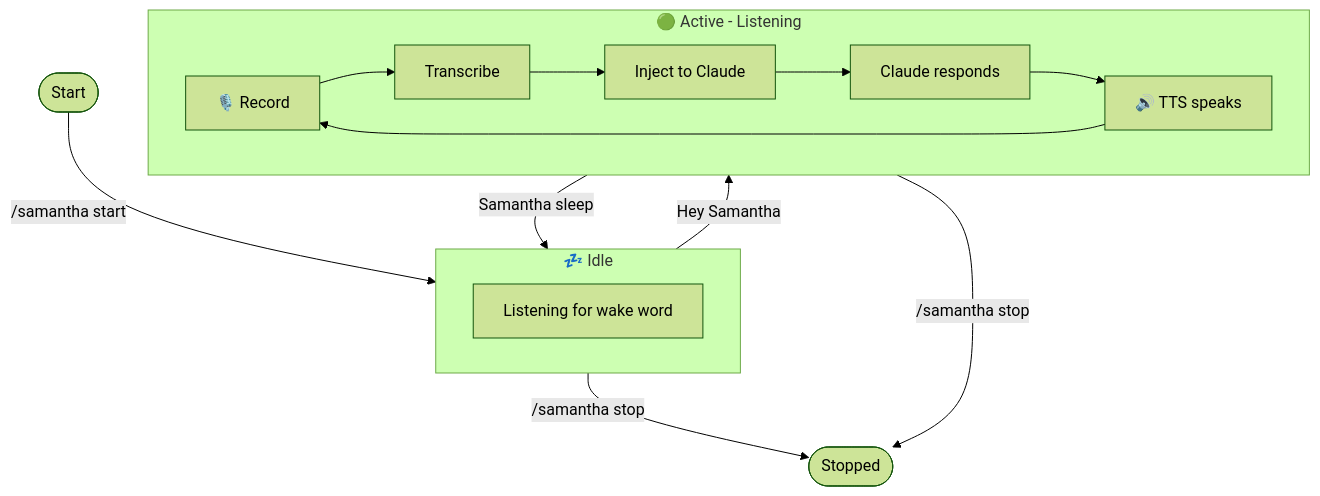
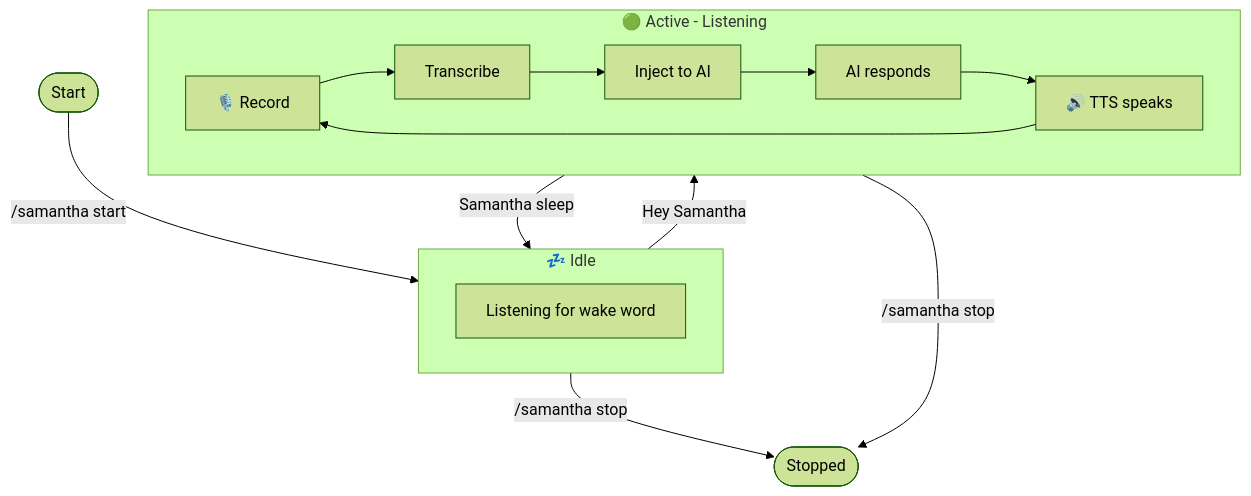
The diagram in README.md (goncaloneves/samantha), drawn with Mermaid (forest theme) before and after one commit. The commit also changed other lines of this file and 6 other files, not shown here.

````diff
--- a/README.md
+++ b/README.md
@@ -26,21 +26,21 @@
 ```mermaid
 graph TB
     START([Start]) -->|/samantha start| IDLE
 
     subgraph IDLE[💤 Idle]
         I[Listening for wake word]
     end
 
     subgraph ACTIVE[🟢 Active - Listening]
         A1[🎙️ Record] --> A2[Transcribe]
-        A2 --> A3[Inject to Claude]
-        A3 --> A4[Claude responds]
+        A2 --> A3[Inject to AI]
+        A3 --> A4[AI responds]
         A4 --> A5[🔊 TTS speaks]
         A5 --> A1
     end
 
     IDLE -->|Hey Samantha| ACTIVE
     ACTIVE -->|Samantha sleep| IDLE
     IDLE -->|/samantha stop| STOP([Stopped])
     ACTIVE -->|/samantha stop| STOP
 ```
````
